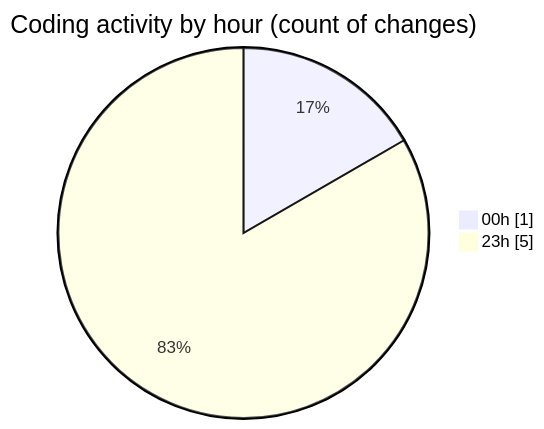
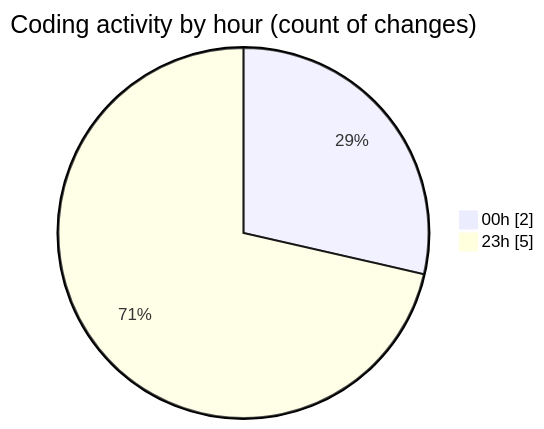
Before and after one commit to Elitesun/code-tracking: the second of 2 diagrams in 2025-02-21/projet/README.md, drawn with Mermaid. The commit also changed other lines of this file and 1 other file, not shown here.

````diff
--- a/2025-02-21/projet/README.md
+++ b/2025-02-21/projet/README.md
@@ -29,6 +29,6 @@
 ```mermaid
 pie showData
 title Coding activity by hour (count of changes)
-"00h" : 1
+"00h" : 2
 "23h" : 5
 ```
````
